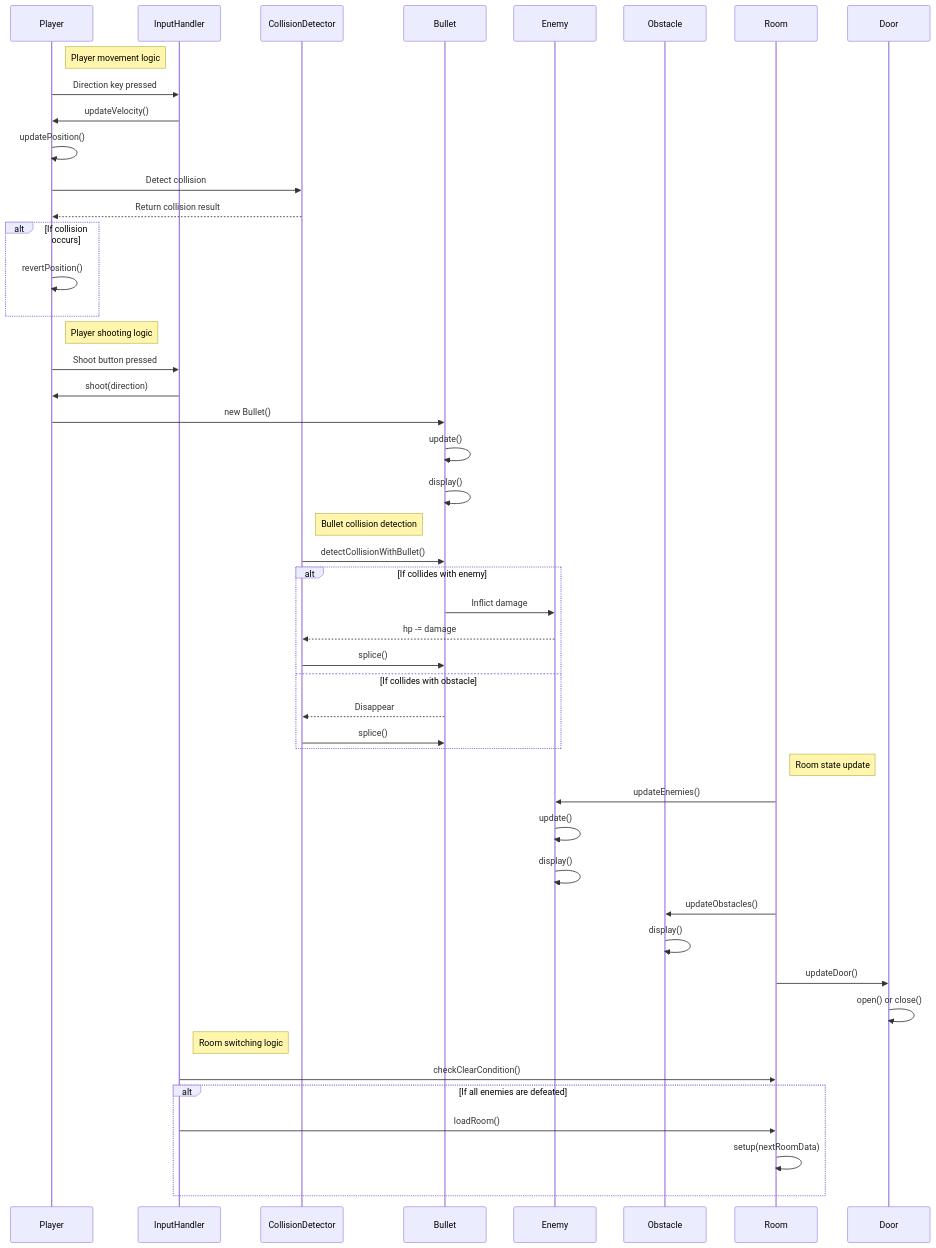
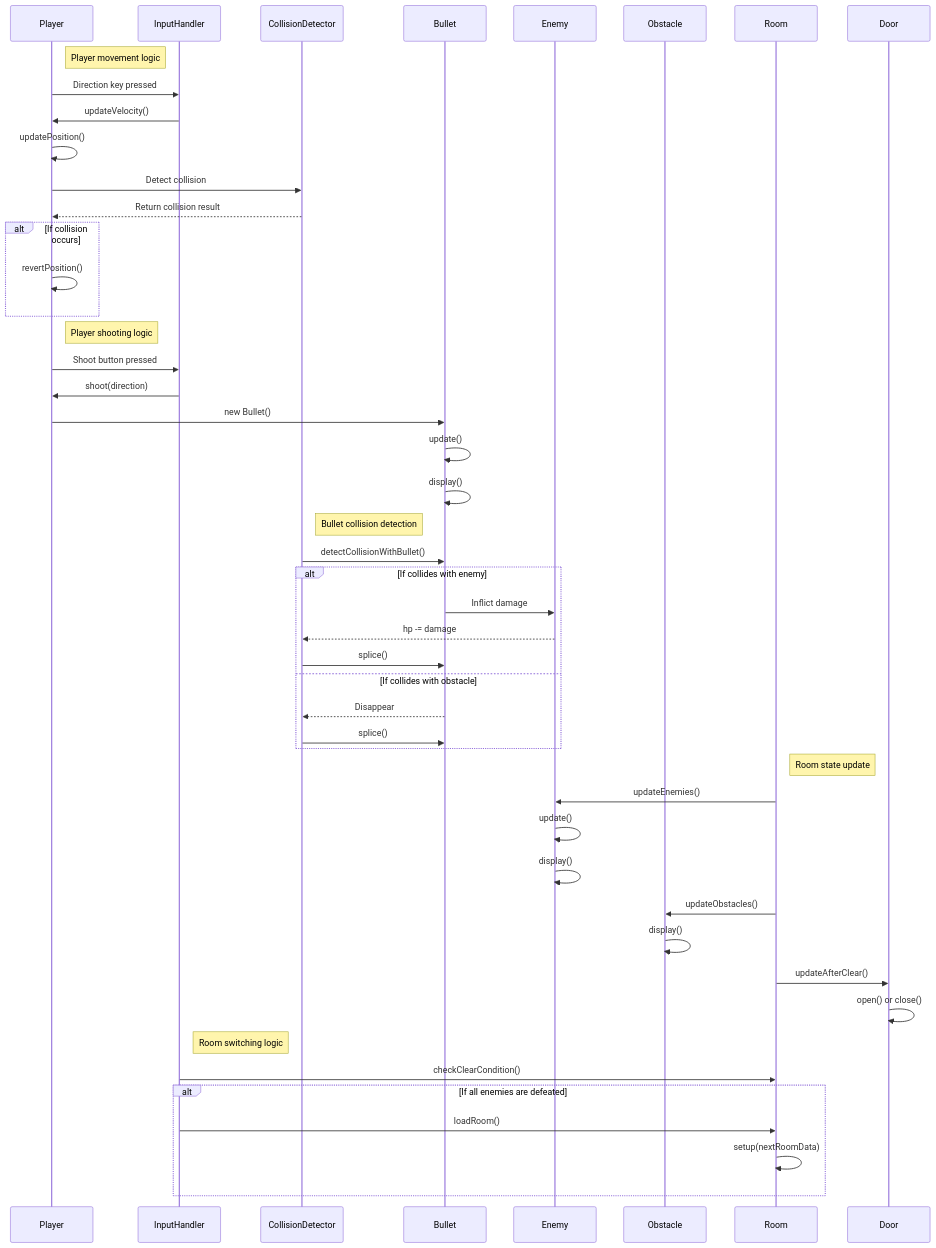
One commit to UoB-COMSM0166/2025-group-17 changed the diagram in README.md. Above: the diagram before and after it, drawn with Mermaid. The commit also changed 2 other files, not shown here.

Commit message:
Add tutorial hints

````diff
--- a/README.md
+++ b/README.md
@@ -96,55 +96,55 @@
 ```mermaid
 sequenceDiagram
     participant Player 
     participant InputHandler 
     participant CollisionDetector 
     participant Bullet 
     participant Enemy 
     participant Obstacle 
     participant Room 
     participant Door 
  
     Note right of Player: Player movement logic 
     Player->>InputHandler: Direction key pressed
     InputHandler->>Player: updateVelocity()
     Player->>Player: updatePosition()
     Player->>CollisionDetector: Detect collision 
     CollisionDetector-->>Player: Return collision result 
     alt If collision occurs 
         Player->>Player: revertPosition()
     end 
  
     Note right of Player: Player shooting logic 
     Player->>InputHandler: Shoot button pressed
     InputHandler->>Player: shoot(direction)
     Player->>Bullet: new Bullet()
     Bullet->>Bullet: update()
     Bullet->>Bullet: display()
  
     Note right of CollisionDetector: Bullet collision detection 
     CollisionDetector->>Bullet: detectCollisionWithBullet()
     alt If collides with enemy 
         Bullet->>Enemy: Inflict damage 
         Enemy-->>CollisionDetector: hp -= damage 
         CollisionDetector->>Bullet: splice()
     else If collides with obstacle
         Bullet-->>CollisionDetector: Disappear 
         CollisionDetector->>Bullet: splice()
     end 
  
     Note right of Room: Room state update 
     Room->>Enemy: updateEnemies()
     Enemy->>Enemy: update()
     Enemy->>Enemy: display()
     Room->>Obstacle: updateObstacles()
     Obstacle->>Obstacle: display()
-    Room->>Door: updateDoor()
+    Room->>Door: updateAfterClear()
     Door->>Door: open() or close()
  
     Note right of InputHandler: Room switching logic 
     InputHandler->>Room: checkClearCondition()
     alt If all enemies are defeated 
         InputHandler->>Room: loadRoom()
         Room->>Room: setup(nextRoomData)
     end
 ```
````
